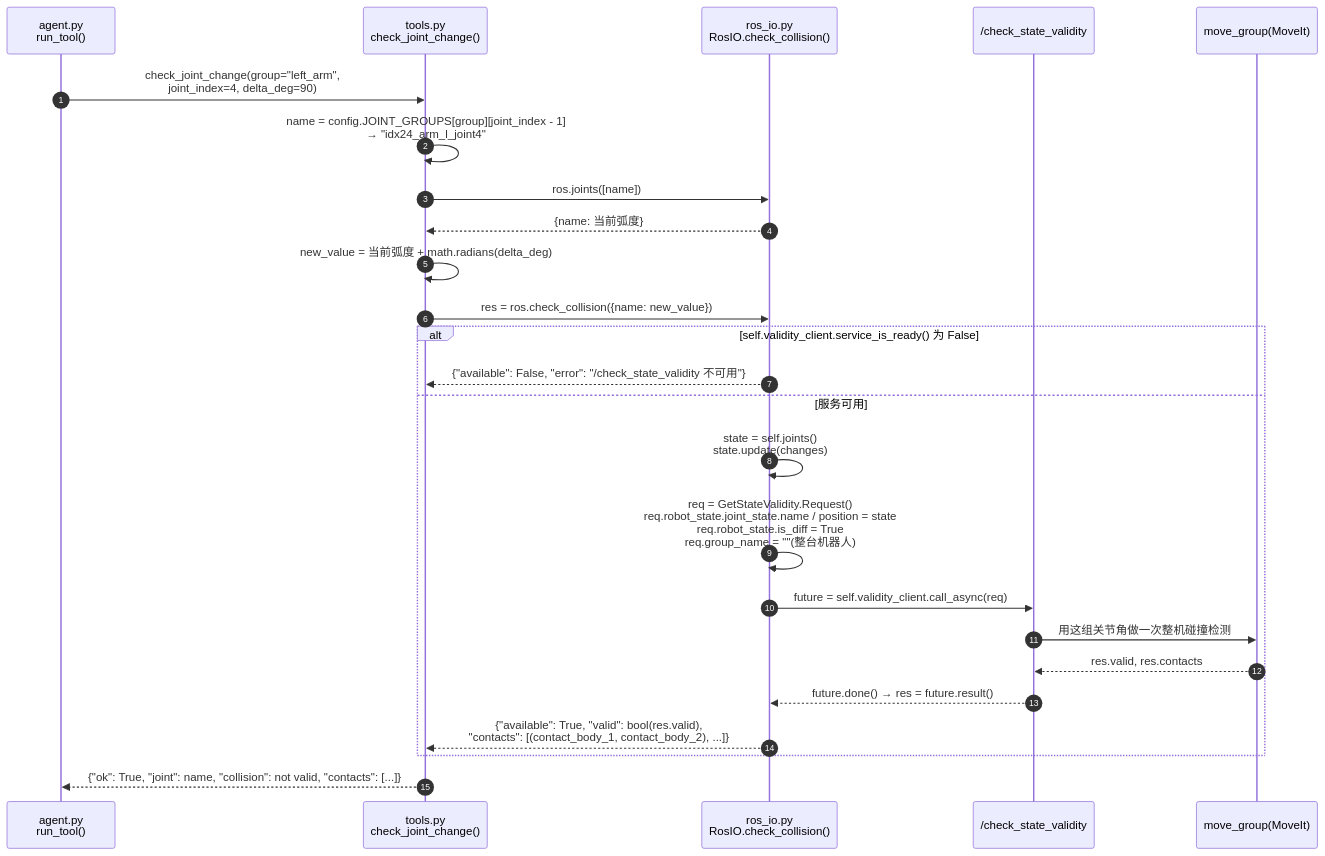
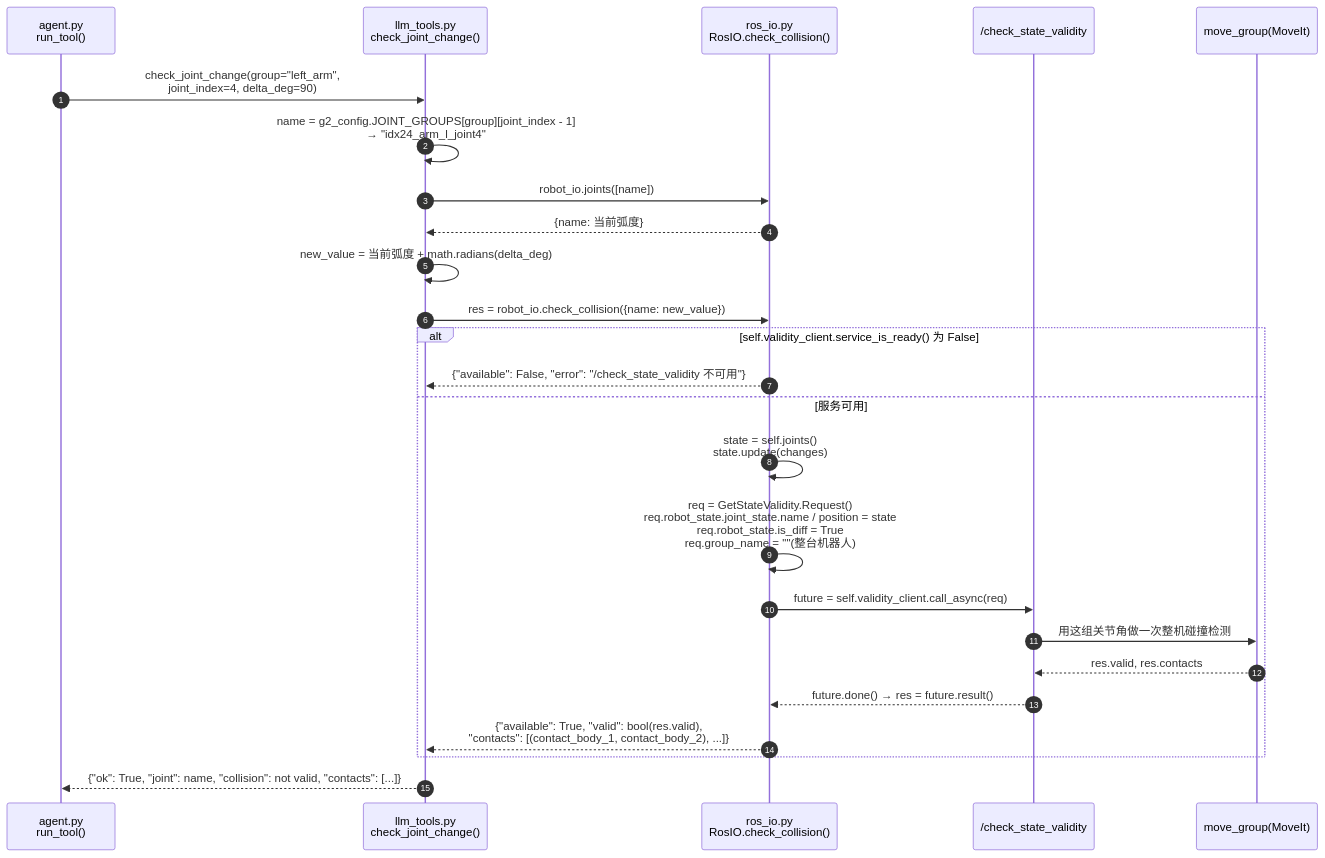
Before and after one commit to mikeJoy6/harness_genie_G2: the fourth of 6 diagrams in learning/stage2_ros/README.md, drawn with Mermaid. The commit also changed other lines of this file and 78 other files, not shown here.

````diff
--- a/learning/stage2_ros/README.md
+++ b/learning/stage2_ros/README.md
@@ -127,29 +127,29 @@
 ```mermaid
 sequenceDiagram
     autonumber
     participant RT as agent.py<br/>run_tool()
-    participant H as tools.py<br/>check_joint_change()
+    participant H as llm_tools.py<br/>check_joint_change()
     participant R as ros_io.py<br/>RosIO.check_collision()
     participant N as /check_state_validity
     participant MG as move_group(MoveIt)
 
     RT->>H: check_joint_change(group="left_arm",<br/>joint_index=4, delta_deg=90)
-    H->>H: name = config.JOINT_GROUPS[group][joint_index - 1]<br/>→ "idx24_arm_l_joint4"
-    H->>R: ros.joints([name])
+    H->>H: name = g2_config.JOINT_GROUPS[group][joint_index - 1]<br/>→ "idx24_arm_l_joint4"
+    H->>R: robot_io.joints([name])
     R-->>H: {name: 当前弧度}
     H->>H: new_value = 当前弧度 + math.radians(delta_deg)
-    H->>R: res = ros.check_collision({name: new_value})
+    H->>R: res = robot_io.check_collision({name: new_value})
 
     alt self.validity_client.service_is_ready() 为 False
         R-->>H: {"available": False, "error": "/check_state_validity 不可用"}
     else 服务可用
         R->>R: state = self.joints()<br/>state.update(changes)
         R->>R: req = GetStateValidity.Request()<br/>req.robot_state.joint_state.name / position = state<br/>req.robot_state.is_diff = True<br/>req.group_name = ""(整台机器人)
         R->>N: future = self.validity_client.call_async(req)
         N->>MG: 用这组关节角做一次整机碰撞检测
         MG-->>N: res.valid, res.contacts
         N-->>R: future.done() → res = future.result()
         R-->>H: {"available": True, "valid": bool(res.valid),<br/>"contacts": [(contact_body_1, contact_body_2), ...]}
     end
     H-->>RT: {"ok": True, "joint": name, "collision": not valid, "contacts": [...]}
 ```
````
